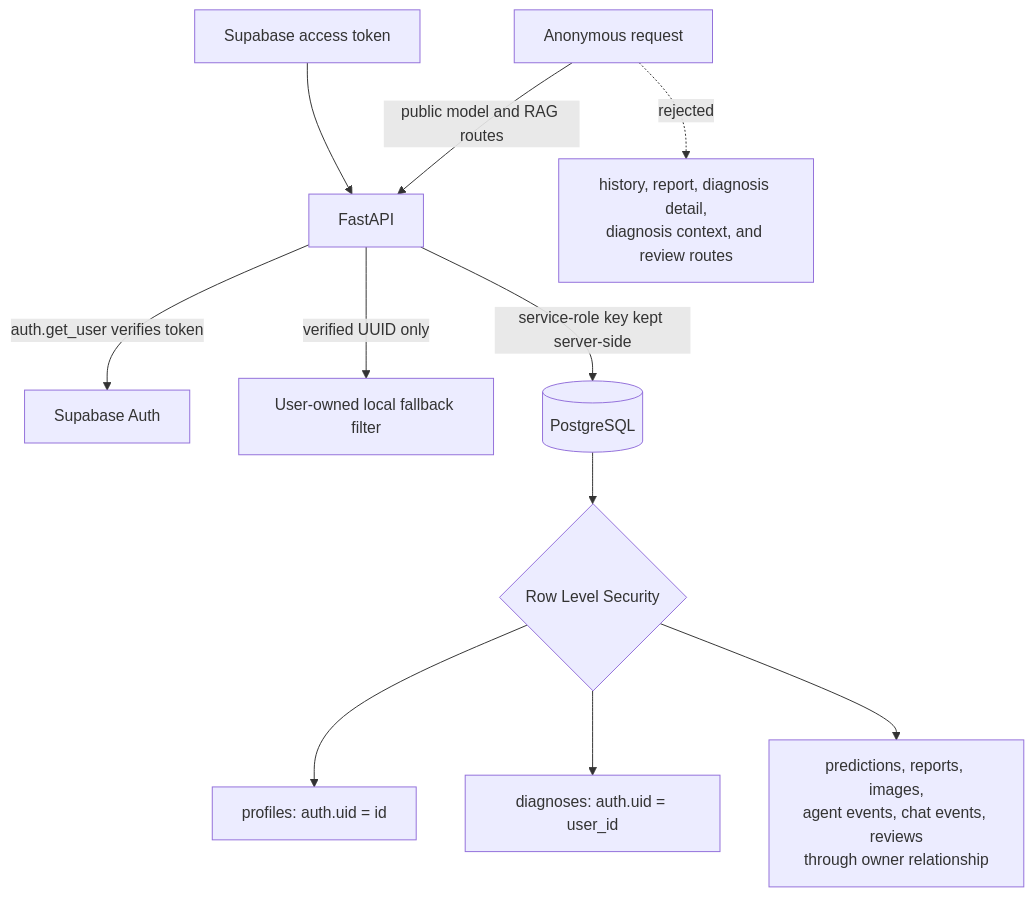
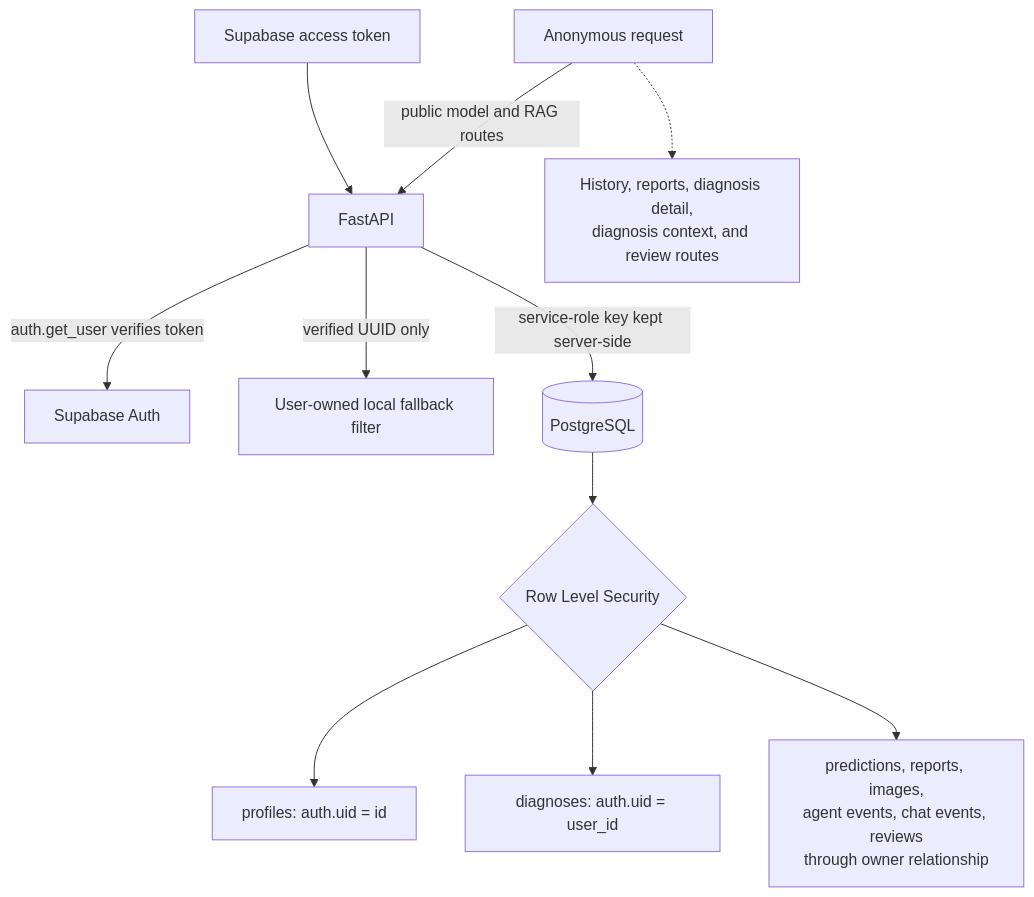
The third of 6 diagrams in README.md (Pankaj429w63/Terramind-AI), drawn with Mermaid before and after one commit. The commit also changed other lines of this file, not shown here.

Commit message:
Polish README badges, demo links, and diagrams

````diff
--- a/README.md
+++ b/README.md
@@ -93,13 +100,13 @@
 ```mermaid
 flowchart TB
   ANON[Anonymous request] -->|public model and RAG routes| API[FastAPI]
   TOKEN[Supabase access token] --> API
   API -->|auth.get_user verifies token| AUTH[Supabase Auth]
   API -->|verified UUID only| OWN[User-owned local fallback filter]
   API -->|service-role key kept server-side| PG[(PostgreSQL)]
   PG --> RLS{Row Level Security}
   RLS --> PROFILE[profiles: auth.uid = id]
   RLS --> DIAG[diagnoses: auth.uid = user_id]
   RLS --> CHILD[predictions, reports, images,<br/>agent events, chat events, reviews<br/>through owner relationship]
-  ANON -. rejected .-> PRIVATE[history, report, diagnosis detail,<br/>diagnosis context, and review routes]
+  ANON -.-> PRIVATE[History, reports, diagnosis detail,<br/>diagnosis context, and review routes]
 ```
````
